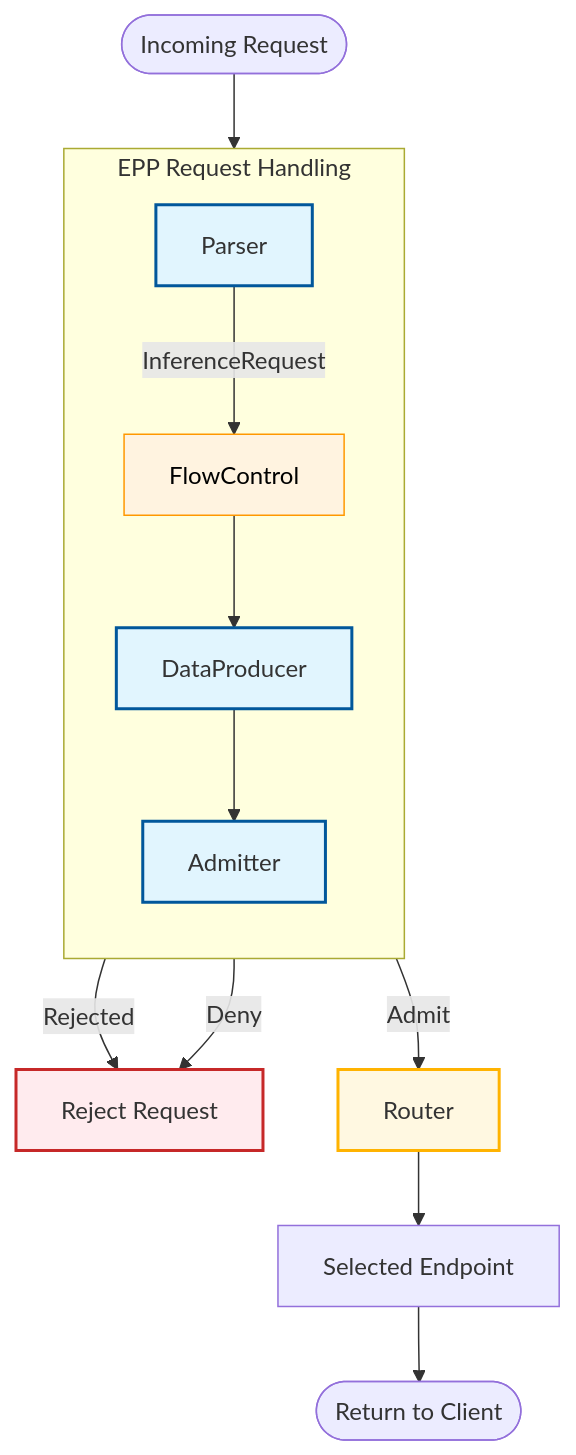
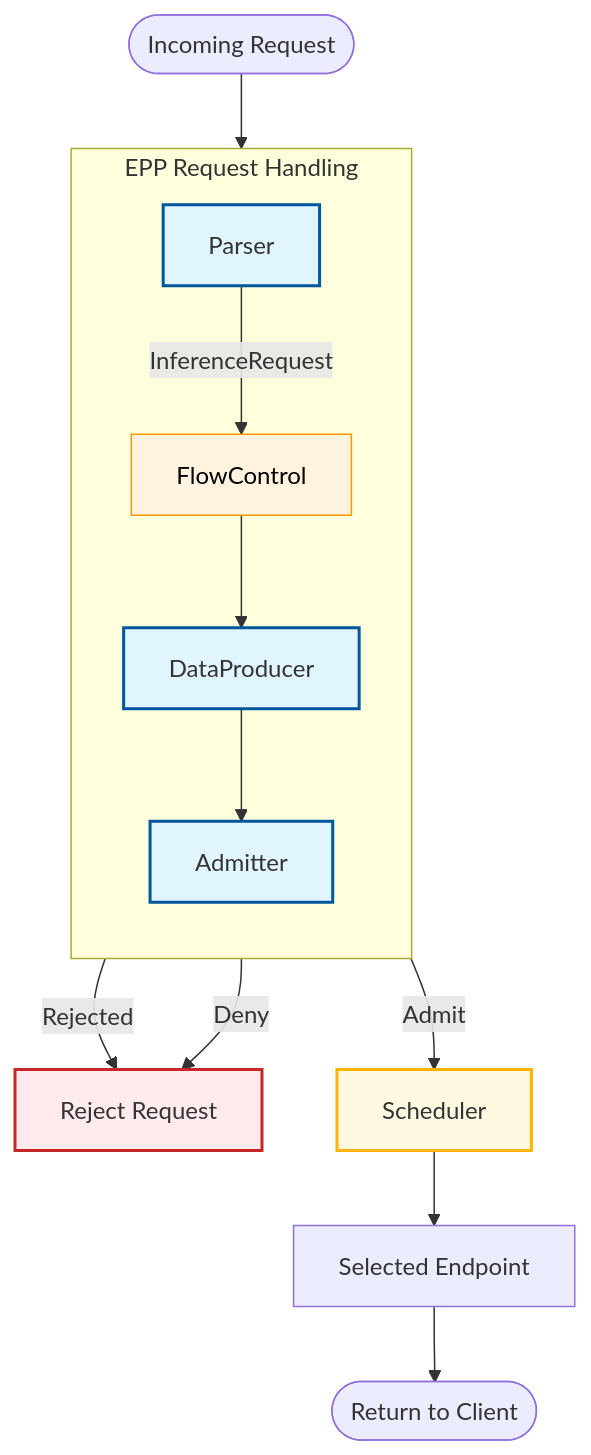
One commit to ahg-g/llm-d changed the diagram in docs/wip-docs-new/architecture/core/router/epp/request-handling.md. Above: the diagram before and after it, drawn with Mermaid. The commit also changed other lines of this file and 18 other files, not shown here.

````diff
--- a/docs/wip-docs-new/architecture/core/router/epp/request-handling.md
+++ b/docs/wip-docs-new/architecture/core/router/epp/request-handling.md
@@ -11,36 +11,36 @@
 ```mermaid
 flowchart TD
     %% Style Definitions
     classDef highlight fill:#e1f5fe,stroke:#01579b,stroke-width:2px;
     classDef accent fill:#fff8e1,stroke:#ffb300,stroke-width:2px;
     classDef danger fill:#ffebee,stroke:#c62828,stroke-width:2px;
     classDef flowcontrol fill:#fff3e0,stroke:#ff9800,color:#000
 
     %% Nodes
     Req([Incoming Request])
     Client([Return to Client])
     Reject[Reject Request]:::danger
 
 
 
     subgraph EPP ["EPP Request Handling"]
         direction TB
         Parse[Parser]:::highlight
         Prep[DataProducer]:::highlight
         FC[FlowControl]:::flowcontrol
         Admit[Admitter]:::highlight
     end
 
-    Router[Router]:::accent
+    Scheduler[Scheduler]:::accent
 
     %% Connections
     Req --> Parse
     Parse -->|InferenceRequest| FC
     FC --> Prep
     FC -->|"Rejected"| Reject
     Prep --> Admit
-    Admit -->|"Admit"| Router
+    Admit -->|"Admit"| Scheduler
     Admit -->|"Deny"| Reject
-    Router --> Endpoint[Selected Endpoint]
+    Scheduler --> Endpoint[Selected Endpoint]
     Endpoint --> Client
 ```
````
